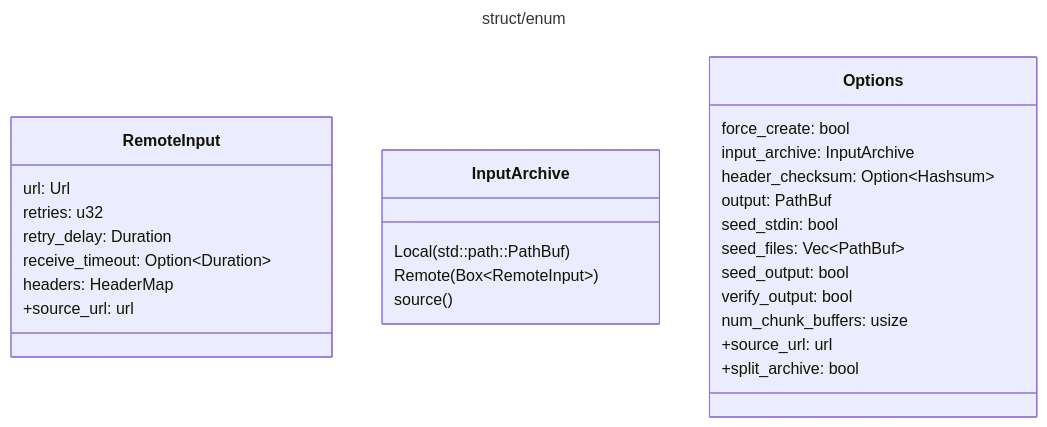
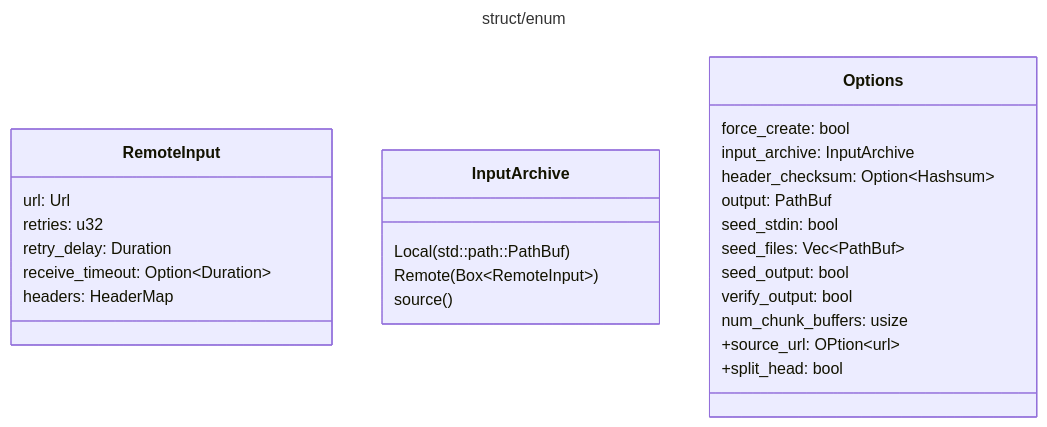
Before and after one commit to softtiny/docs.bita: the first of 2 diagrams in markdowns/clone_cmd.md, drawn with Mermaid. The commit also changed other lines of this file and 4 other files, not shown here.

````diff
--- a/markdowns/clone_cmd.md
+++ b/markdowns/clone_cmd.md
@@ -4,32 +4,31 @@
 ```mermaid
 ---
 title: struct/enum
 ---
 classDiagram
     class RemoteInput {
         url: Url
         retries: u32
         retry_delay: Duration
         receive_timeout: Option&lt;Duration&gt;
         headers: HeaderMap
-        +source_url: url
     }
     class InputArchive {
         Local(std::path::PathBuf)
         Remote(Box&lt;RemoteInput&gt;)
         source()
     }
     class Options {
         force_create: bool
         input_archive: InputArchive
         header_checksum: Option&lt;Hashsum&gt;
         output: PathBuf
         seed_stdin: bool
         seed_files: Vec&lt;PathBuf&gt;
         seed_output: bool
         verify_output: bool
         num_chunk_buffers: usize
-        +source_url: url
-        +split_archive: bool
+        +source_url: OPtion&lt;url&gt;
+        +split_head: bool
     }
 ```
````
